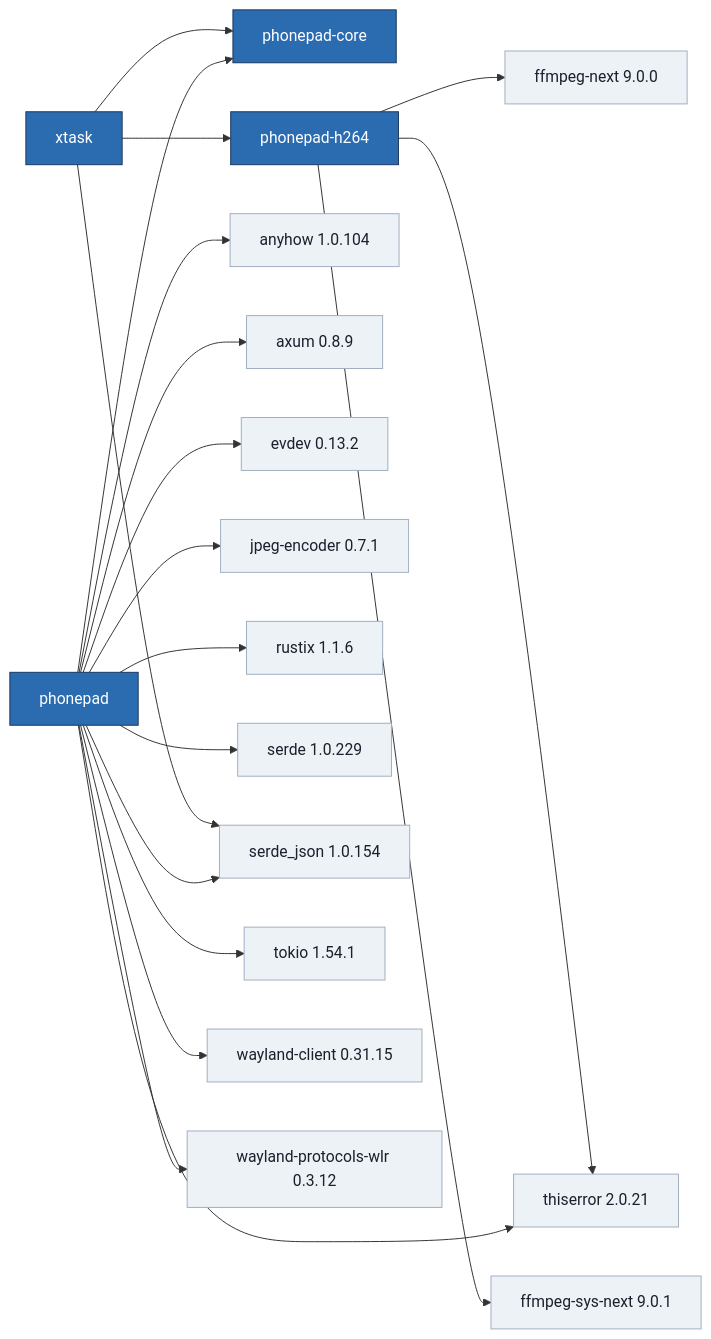
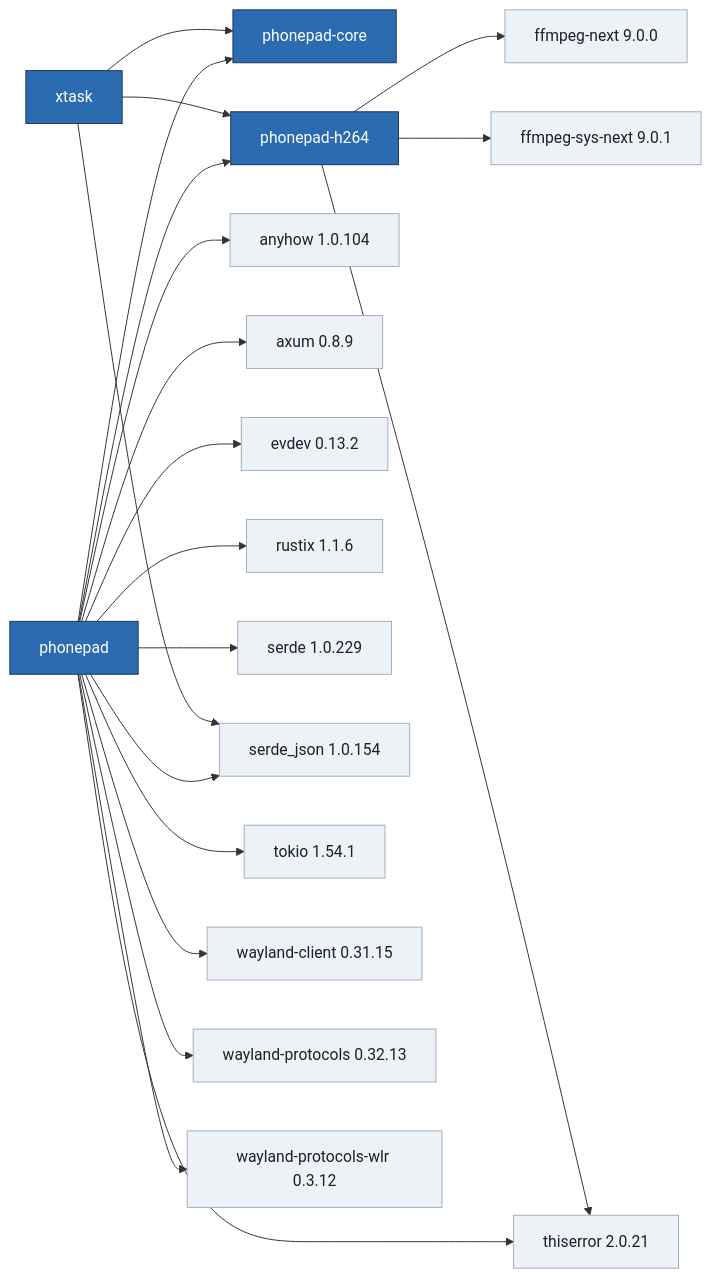
Before and after one commit to igouss/phonepad: the diagram in docs/views/crate-graph.mmd, drawn with Mermaid. The commit also changed 19 other files, not shown here.

First line of the commit message:
phonepad: stream H.264 from one full-output GPU capture to all viewers; JPEG path removed

```diff
--- a/docs/views/crate-graph.mmd
+++ b/docs/views/crate-graph.mmd
@@ -1,38 +1,39 @@
 flowchart LR
   classDef workspace fill:#2b6cb0,stroke:#1a365d,color:#ffffff
   classDef external fill:#edf2f7,stroke:#a0aec0,color:#1a202c
   c_phonepad["phonepad"]:::workspace
   c_phonepad_core["phonepad-core"]:::workspace
   c_phonepad_h264["phonepad-h264"]:::workspace
   c_xtask["xtask"]:::workspace
   c_anyhow_1_0_104["anyhow 1.0.104"]:::external
   c_axum_0_8_9["axum 0.8.9"]:::external
   c_evdev_0_13_2["evdev 0.13.2"]:::external
   c_ffmpeg_next_9_0_0["ffmpeg-next 9.0.0"]:::external
   c_ffmpeg_sys_next_9_0_1["ffmpeg-sys-next 9.0.1"]:::external
-  c_jpeg_encoder_0_7_1["jpeg-encoder 0.7.1"]:::external
   c_rustix_1_1_6["rustix 1.1.6"]:::external
   c_serde_1_0_229["serde 1.0.229"]:::external
   c_serde_json_1_0_154["serde_json 1.0.154"]:::external
   c_thiserror_2_0_21["thiserror 2.0.21"]:::external
   c_tokio_1_54_1["tokio 1.54.1"]:::external
   c_wayland_client_0_31_15["wayland-client 0.31.15"]:::external
+  c_wayland_protocols_0_32_13["wayland-protocols 0.32.13"]:::external
   c_wayland_protocols_wlr_0_3_12["wayland-protocols-wlr 0.3.12"]:::external
   c_phonepad --> c_anyhow_1_0_104
   c_phonepad --> c_axum_0_8_9
   c_phonepad --> c_evdev_0_13_2
-  c_phonepad --> c_jpeg_encoder_0_7_1
   c_phonepad --> c_phonepad_core
+  c_phonepad --> c_phonepad_h264
   c_phonepad --> c_rustix_1_1_6
   c_phonepad --> c_serde_1_0_229
   c_phonepad --> c_serde_json_1_0_154
   c_phonepad --> c_thiserror_2_0_21
   c_phonepad --> c_tokio_1_54_1
   c_phonepad --> c_wayland_client_0_31_15
+  c_phonepad --> c_wayland_protocols_0_32_13
   c_phonepad --> c_wayland_protocols_wlr_0_3_12
   c_phonepad_h264 --> c_ffmpeg_next_9_0_0
   c_phonepad_h264 --> c_ffmpeg_sys_next_9_0_1
   c_phonepad_h264 --> c_thiserror_2_0_21
   c_xtask --> c_phonepad_core
   c_xtask --> c_phonepad_h264
   c_xtask --> c_serde_json_1_0_154
```
